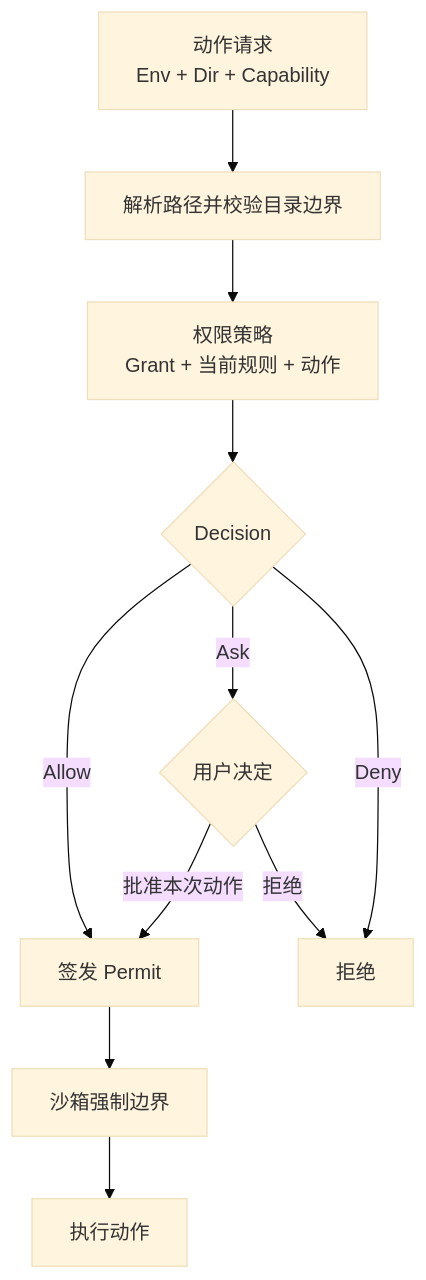
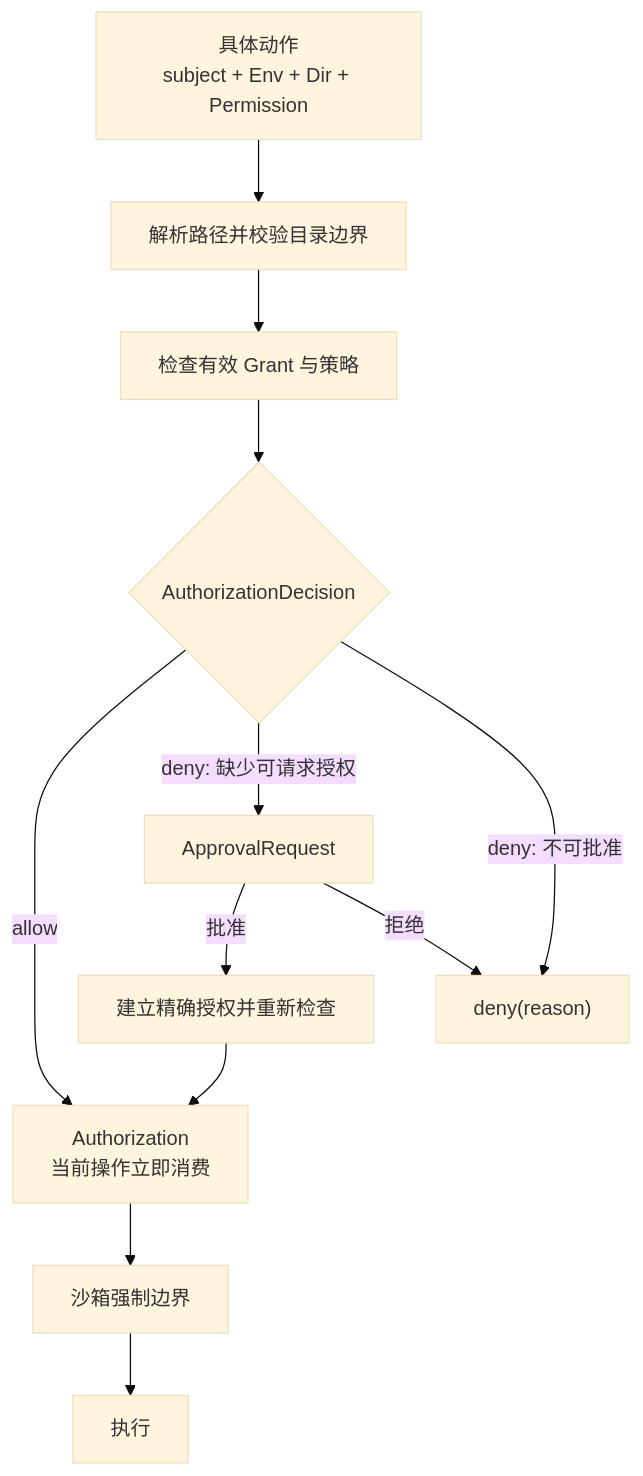
The diagram in docs/environment-access.md (chogng/zeta), drawn with Mermaid (base theme) before and after one commit. The commit also changed other lines of this file and 950 other files, not shown here.

````diff
--- a/docs/environment-access.md
+++ b/docs/environment-access.md
@@ -119,13 +101,14 @@
 ```mermaid
 flowchart TD
-    request["动作请求<br/>Env + Dir + Capability"] --> resolve["解析路径并校验目录边界"]
-    resolve --> policy["权限策略<br/>Grant + 当前规则 + 动作"]
-    policy --> decision{"Decision"}
-    decision -- "Allow" --> permit["签发 Permit"]
-    decision -- "Ask" --> approval{"用户决定"}
-    approval -- "批准本次动作" --> permit
-    approval -- "拒绝" --> denied["拒绝"]
-    decision -- "Deny" --> denied
-    permit --> sandbox["沙箱强制边界"]
-    sandbox --> execute["执行动作"]
+    request["具体动作<br/>subject + Env + Dir + Permission"] --> resolve["解析路径并校验目录边界"]
+    resolve --> check["检查有效 Grant 与策略"]
+    check --> decision{"AuthorizationDecision"}
+    decision -- "allow" --> auth["Authorization<br/>当前操作立即消费"]
+    decision -- "deny: 缺少可请求授权" --> approval["ApprovalRequest"]
+    approval -- "批准" --> recheck["建立精确授权并重新检查"]
+    approval -- "拒绝" --> denied["deny(reason)"]
+    decision -- "deny: 不可批准" --> denied
+    recheck --> auth
+    auth --> sandbox["沙箱强制边界"]
+    sandbox --> execute["执行"]
 ```
````
